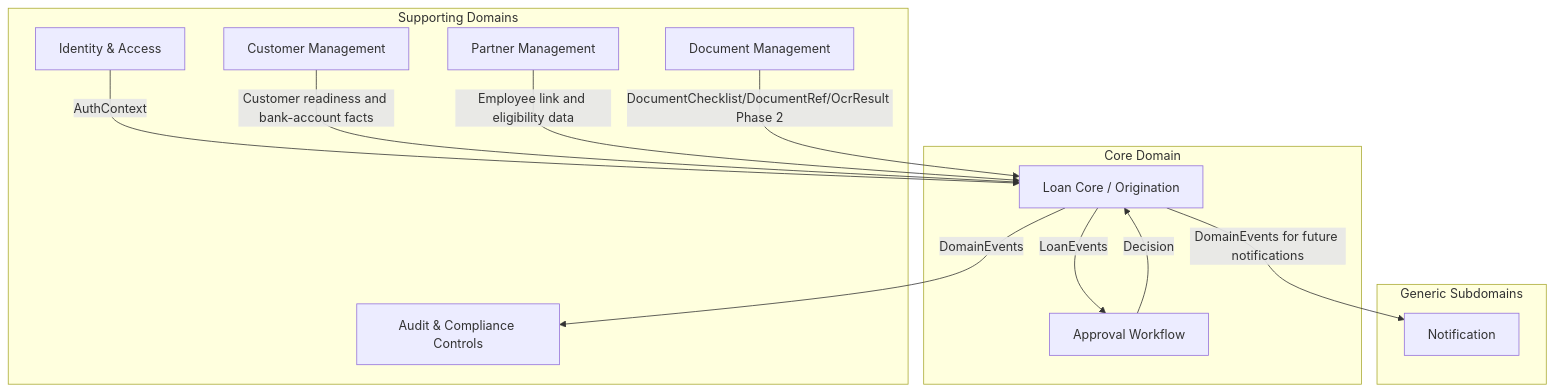
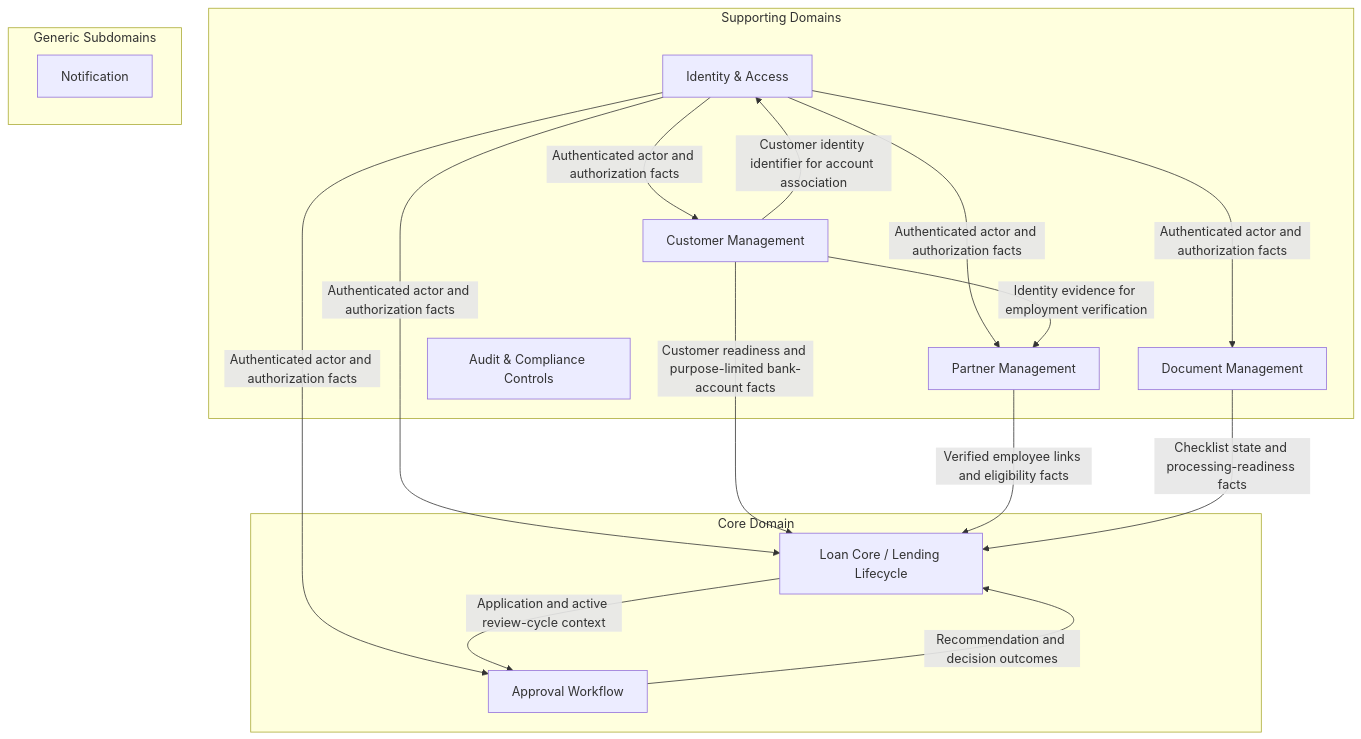
One commit to dongduy-dev/meridian-finance changed the diagram in docs/architecture/MER-ARCH-001-bounded-contexts.md. Above: the diagram before and after it, drawn with Mermaid. The commit also changed other lines of this file and 11 other files, not shown here.

First line of the commit message:
docs: align business and architecture documents (#32)

````diff
--- a/docs/architecture/MER-ARCH-001-bounded-contexts.md
+++ b/docs/architecture/MER-ARCH-001-bounded-contexts.md
@@ -7,25 +17,35 @@
 ```mermaid
 graph TB
     subgraph Core["Core Domain"]
-        LOAN["Loan Core / Origination"]
+        LOAN["Loan Core / Lending Lifecycle"]
         APPROVAL["Approval Workflow"]
     end
+
     subgraph Supporting["Supporting Domains"]
         IAM["Identity & Access"]
         CUSTOMER["Customer Management"]
         PARTNER["Partner Management"]
         DOC["Document Management"]
         AUDIT["Audit & Compliance Controls"]
     end
+
     subgraph Generic["Generic Subdomains"]
         NOTIF["Notification"]
     end
-    IAM -->|AuthContext| LOAN
-    CUSTOMER -->|Customer readiness and bank-account facts| LOAN
-    PARTNER -->|Employee link and eligibility data| LOAN
-    LOAN -->|LoanEvents| APPROVAL
-    APPROVAL -->|Decision| LOAN
-    DOC -->|DocumentChecklist/DocumentRef/OcrResult Phase 2| LOAN
-    LOAN -->|DomainEvents| AUDIT
-    LOAN -->|DomainEvents for future notifications| NOTIF
+
+    CUSTOMER -->|Customer identity identifier for account association| IAM
+
+    IAM -->|Authenticated actor and authorization facts| LOAN
+    IAM -->|Authenticated actor and authorization facts| APPROVAL
+    IAM -->|Authenticated actor and authorization facts| CUSTOMER
+    IAM -->|Authenticated actor and authorization facts| PARTNER
+    IAM -->|Authenticated actor and authorization facts| DOC
+
+    CUSTOMER -->|Customer readiness and purpose-limited bank-account facts| LOAN
+    CUSTOMER -->|Identity evidence for employment verification| PARTNER
+    PARTNER -->|Verified employee links and eligibility facts| LOAN
+    DOC -->|Checklist state and processing-readiness facts| LOAN
+
+    LOAN -->|Application and active review-cycle context| APPROVAL
+    APPROVAL -->|Recommendation and decision outcomes| LOAN
 ```
````
